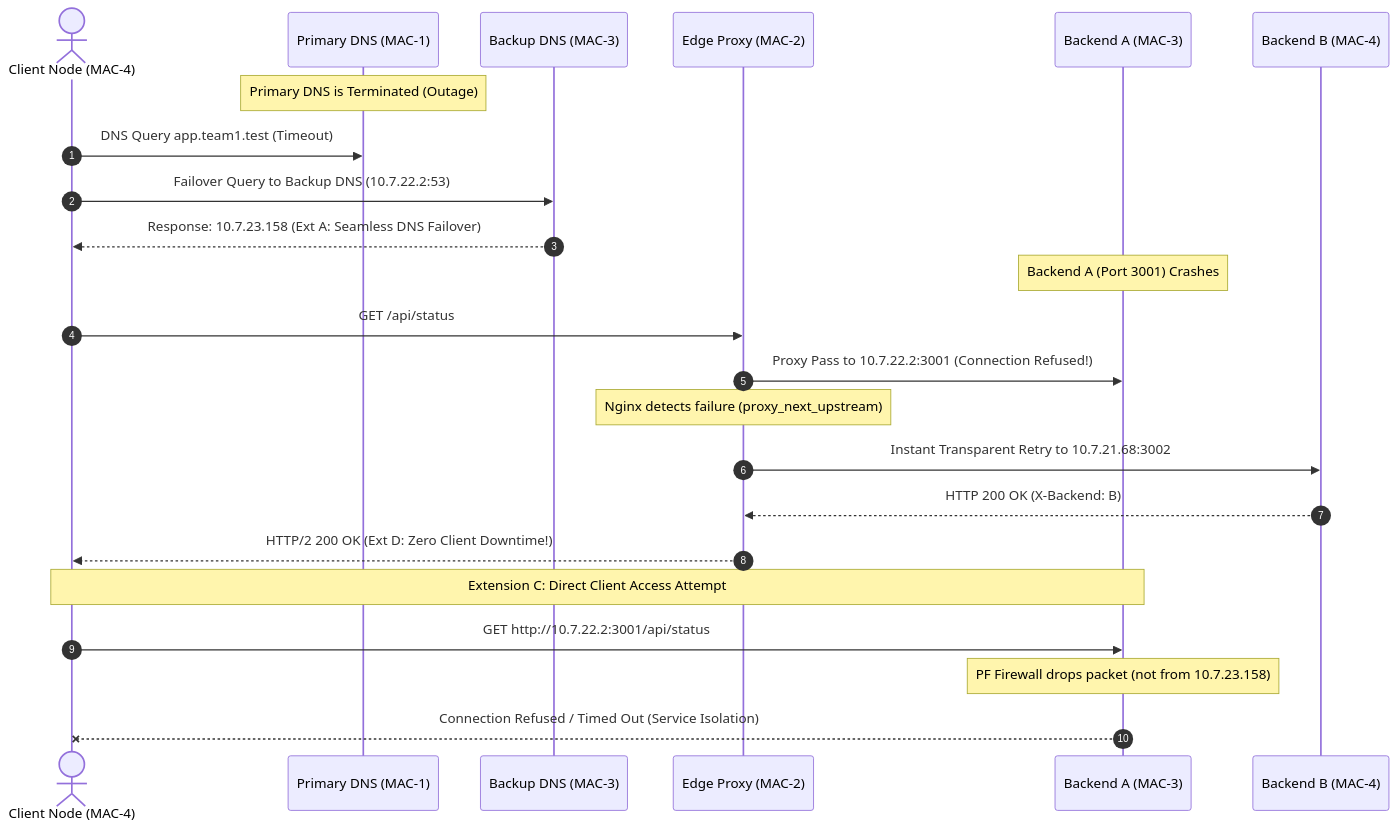
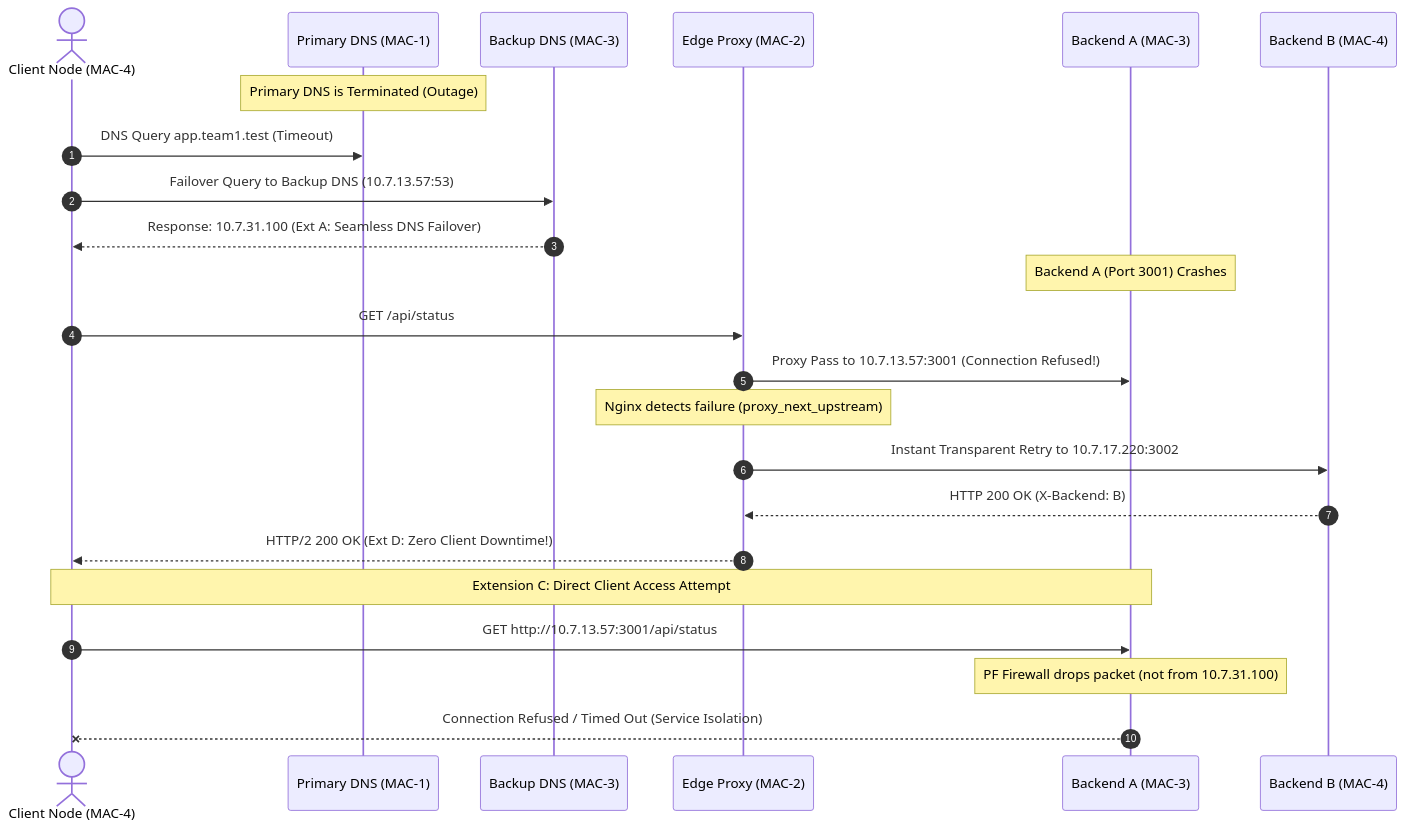
Before and after one commit to Ankit35027/Computer-Networks: the third of 3 diagrams in ARCHITECTURE.md, drawn with Mermaid. The commit also changed other lines of this file and 2 other files, not shown here.

Commit message:
Docs: Phase 2 report from live results, ARCHITECTURE on current IPs, 11-step demo script

````diff
--- a/ARCHITECTURE.md
+++ b/ARCHITECTURE.md
@@ -123,28 +127,28 @@
 ```mermaid
 sequenceDiagram
     autonumber
     actor Client as Client Node (MAC-4)
     participant DNS1 as Primary DNS (MAC-1)
     participant DNS2 as Backup DNS (MAC-3)
     participant Edge as Edge Proxy (MAC-2)
     participant B_A as Backend A (MAC-3)
     participant B_B as Backend B (MAC-4)
 
     Note over DNS1: Primary DNS is Terminated (Outage)
     Client->>DNS1: DNS Query app.team1.test (Timeout)
-    Client->>DNS2: Failover Query to Backup DNS (10.7.22.2:53)
-    DNS2-->>Client: Response: 10.7.23.158 (Ext A: Seamless DNS Failover)
+    Client->>DNS2: Failover Query to Backup DNS (10.7.13.57:53)
+    DNS2-->>Client: Response: 10.7.31.100 (Ext A: Seamless DNS Failover)
 
     Note over B_A: Backend A (Port 3001) Crashes
     Client->>Edge: GET /api/status
-    Edge->>B_A: Proxy Pass to 10.7.22.2:3001 (Connection Refused!)
+    Edge->>B_A: Proxy Pass to 10.7.13.57:3001 (Connection Refused!)
     Note over Edge: Nginx detects failure (proxy_next_upstream)
-    Edge->>B_B: Instant Transparent Retry to 10.7.21.68:3002
+    Edge->>B_B: Instant Transparent Retry to 10.7.17.220:3002
     B_B-->>Edge: HTTP 200 OK (X-Backend: B)
     Edge-->>Client: HTTP/2 200 OK (Ext D: Zero Client Downtime!)
 
     Note over Client,B_A: Extension C: Direct Client Access Attempt
-    Client->>B_A: GET http://10.7.22.2:3001/api/status
-    Note over B_A: PF Firewall drops packet (not from 10.7.23.158)
+    Client->>B_A: GET http://10.7.13.57:3001/api/status
+    Note over B_A: PF Firewall drops packet (not from 10.7.31.100)
     B_A--xClient: Connection Refused / Timed Out (Service Isolation)
 ```
````
